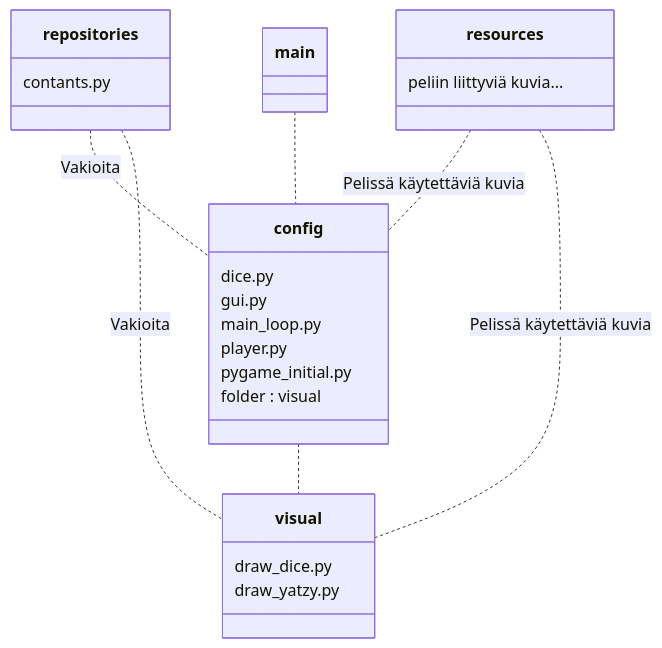
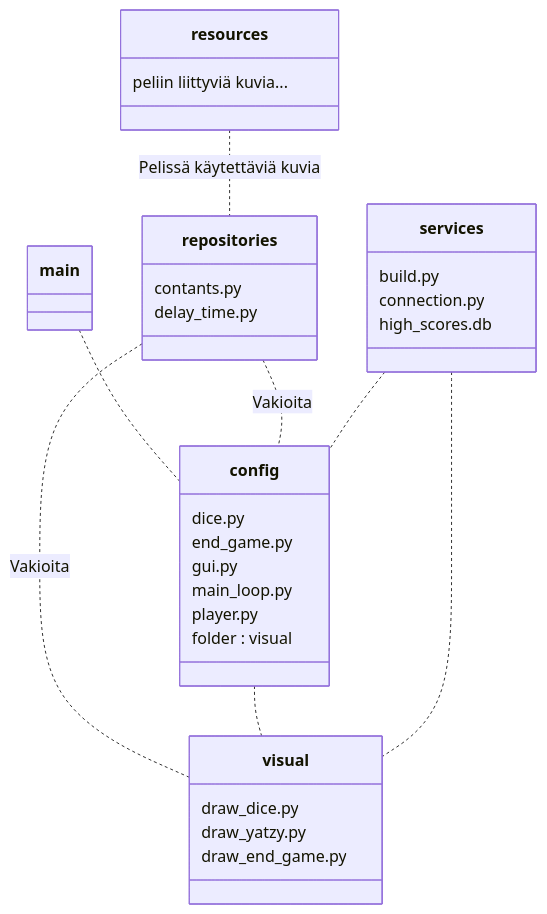
Before and after one commit to alumppio/ot-harjoitustyo: the first of 3 diagrams in dokumentaatio/arkkitehtuuri.md, drawn with Mermaid. The commit also changed other lines of this file, not shown here.

````diff
--- a/dokumentaatio/arkkitehtuuri.md
+++ b/dokumentaatio/arkkitehtuuri.md
@@ -7,31 +7,41 @@
 ```mermaid
     classDiagram
         main .. config
         repositories .. config : Vakioita
         repositories .. visual : Vakioita
-        resources .. config : Pelissä käytettäviä kuvia
-        resources .. visual : Pelissä käytettäviä kuvia
+        resources .. repositories : Pelissä käytettäviä kuvia
         config .. visual
+        services .. config
+        services .. visual
 
         class config{
             dice.py
+            end_game.py
             gui.py
             main_loop.py
             player.py
-            pygame_initial.py
             folder : visual
         }
 
         class visual{
             draw_dice.py
             draw_yatzy.py
+            draw_end_game.py
         }
 
         class repositories{
             contants.py
+            delay_time.py
         }
 
         class resources{
             peliin liittyviä kuvia...
         }
+        
+        class services{
+            build.py
+            connection.py
+            high_scores.db
+        }
+
 ```
````
